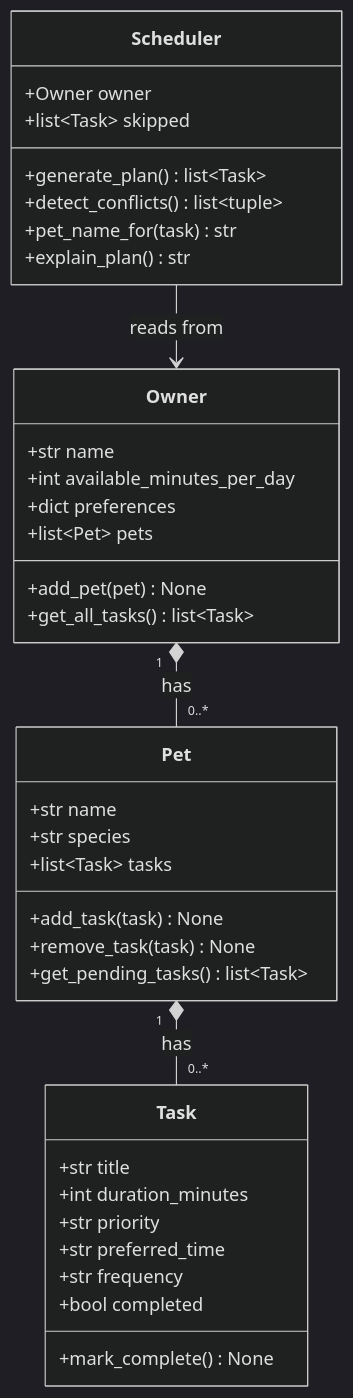
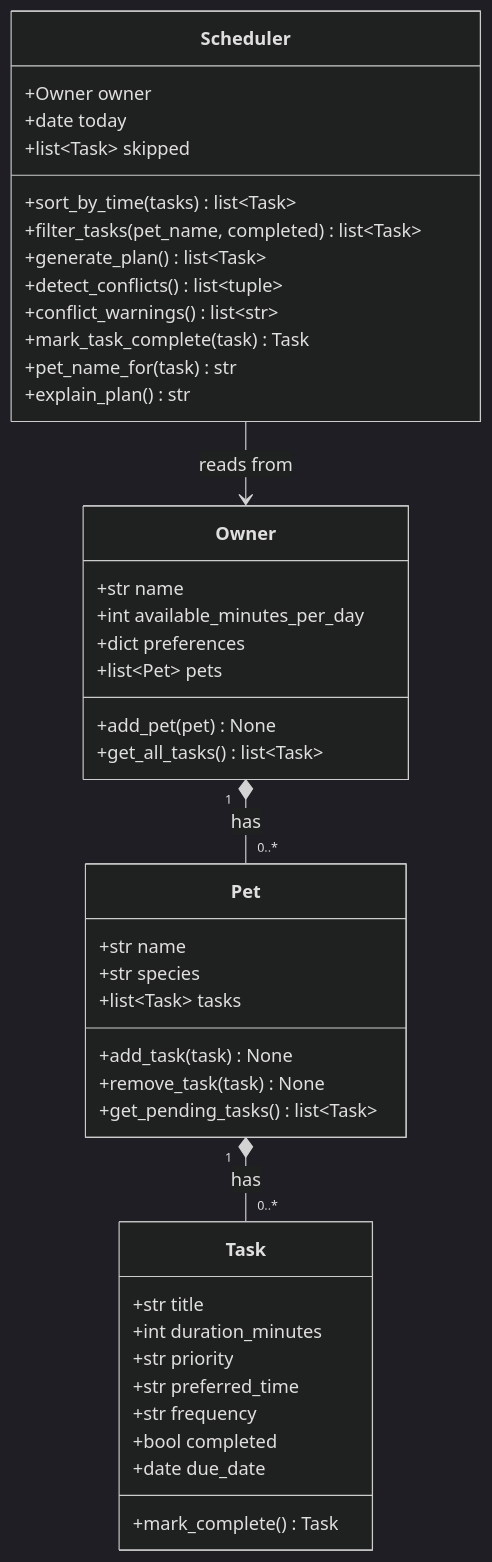
The diagram in diagrams/uml.mmd (hainguyen17/ai110-module2show-pawpal-starter), drawn with Mermaid (dark theme) before and after one commit. The commit also changed 6 other files, not shown here.

```diff
--- a/diagrams/uml.mmd
+++ b/diagrams/uml.mmd
@@ -1,41 +1,47 @@
 classDiagram
     class Task {
         +str title
         +int duration_minutes
         +str priority
         +str preferred_time
         +str frequency
         +bool completed
-        +mark_complete() None
+        +date due_date
+        +mark_complete() Task
     }
 
     class Pet {
         +str name
         +str species
         +list~Task~ tasks
         +add_task(task) None
         +remove_task(task) None
         +get_pending_tasks() list~Task~
     }
 
     class Owner {
         +str name
         +int available_minutes_per_day
         +dict preferences
         +list~Pet~ pets
         +add_pet(pet) None
         +get_all_tasks() list~Task~
     }
 
     class Scheduler {
         +Owner owner
+        +date today
         +list~Task~ skipped
+        +sort_by_time(tasks) list~Task~
+        +filter_tasks(pet_name, completed) list~Task~
         +generate_plan() list~Task~
         +detect_conflicts() list~tuple~
+        +conflict_warnings() list~str~
+        +mark_task_complete(task) Task
         +pet_name_for(task) str
         +explain_plan() str
     }
 
     Owner "1" *-- "0..*" Pet : has
     Pet "1" *-- "0..*" Task : has
     Scheduler --> Owner : reads from
```
